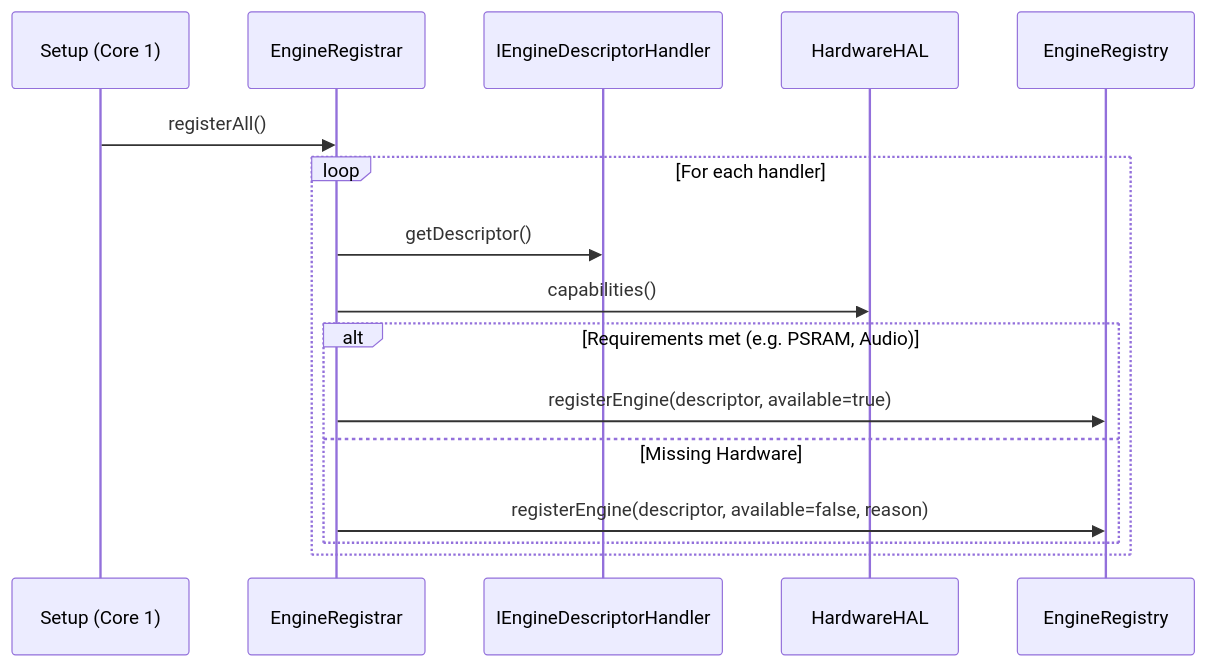
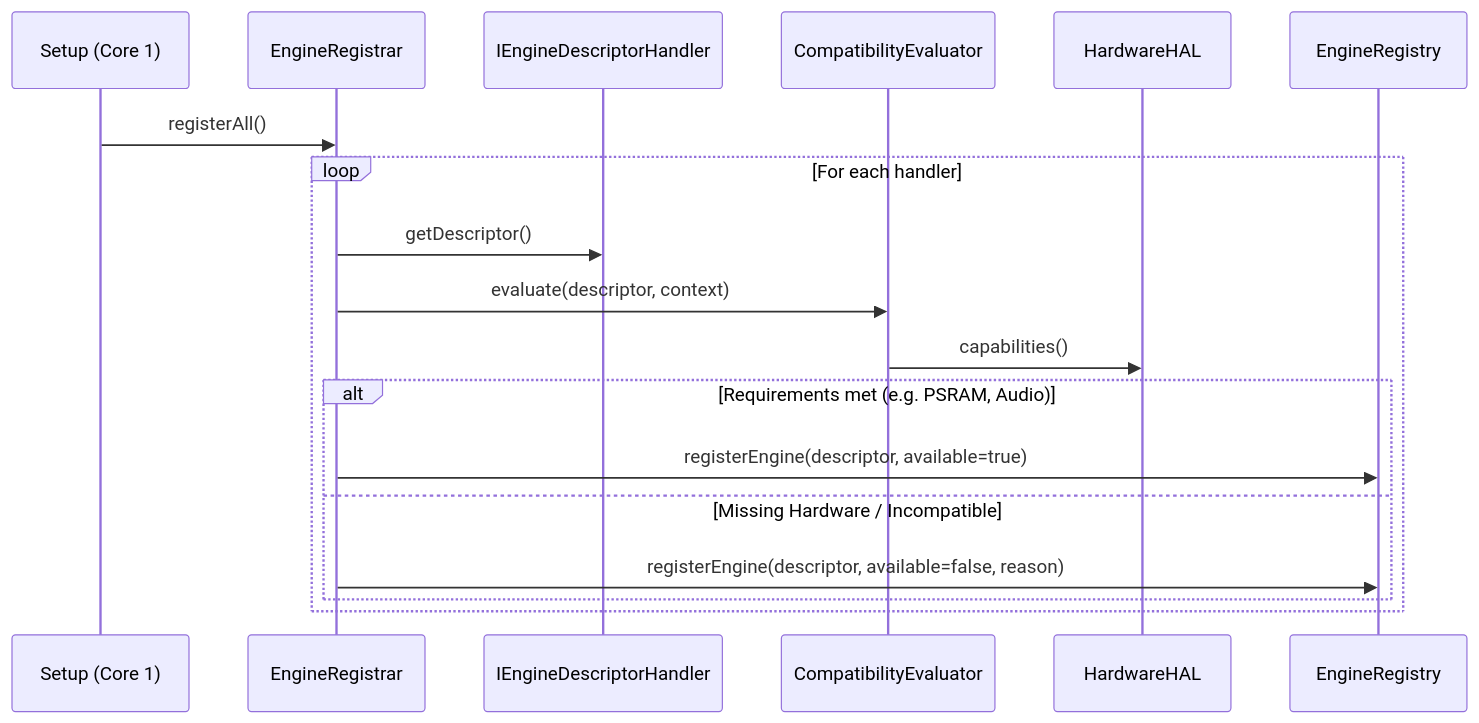
Before and after one commit to red77290/ArcadeMatrix: the third of 7 diagrams in docs/ARCHITECTURE.md, drawn with Mermaid. The commit also changed other lines of this file and 268 other files, not shown here.

````diff
--- a/docs/ARCHITECTURE.md
+++ b/docs/ARCHITECTURE.md
@@ -197,19 +199,21 @@
 ```mermaid
 sequenceDiagram
     participant Boot as Setup (Core 1)
     participant Registrar as EngineRegistrar
     participant Handler as IEngineDescriptorHandler
+    participant Evaluator as CompatibilityEvaluator
     participant HAL as HardwareHAL
     participant Registry as EngineRegistry
 
     Boot->>Registrar: registerAll()
     loop For each handler
         Registrar->>Handler: getDescriptor()
-        Registrar->>HAL: capabilities()
+        Registrar->>Evaluator: evaluate(descriptor, context)
+        Evaluator->>HAL: capabilities()
         alt Requirements met (e.g. PSRAM, Audio)
             Registrar->>Registry: registerEngine(descriptor, available=true)
-        else Missing Hardware
+        else Missing Hardware / Incompatible
             Registrar->>Registry: registerEngine(descriptor, available=false, reason)
         end
     end
 ```
````
